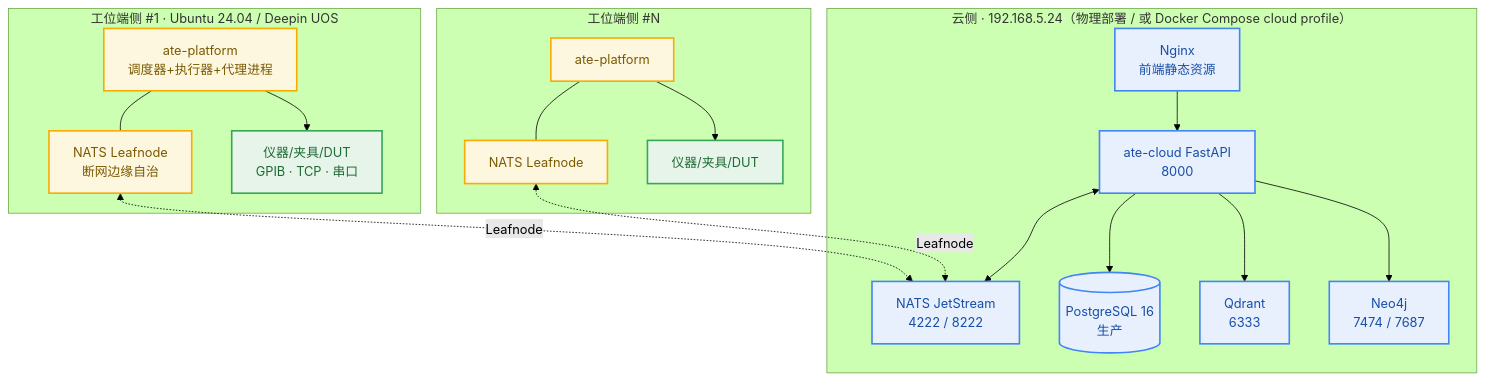
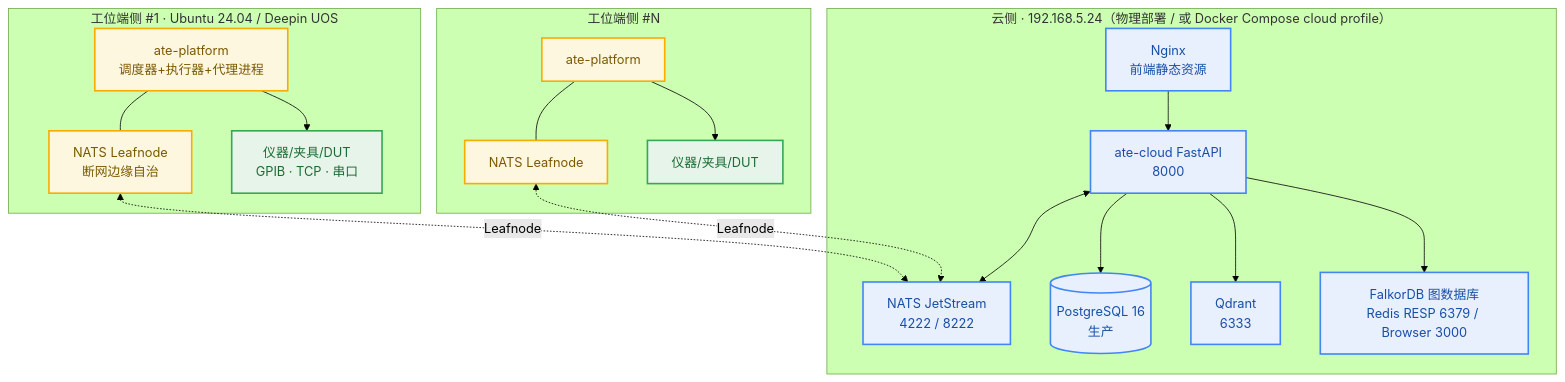
Before and after one commit to chenjun420/ATEStudio: diagram 13 of 14 in docs/ATE Studio系统方案与详细设计文档.md, drawn with Mermaid (forest theme). The commit also changed other lines of this file and 206 other files, not shown here.

````diff
--- a/docs/ATE Studio系统方案与详细设计文档.md
+++ b/docs/ATE Studio系统方案与详细设计文档.md
@@ -3227,37 +3227,37 @@
 ```mermaid
 flowchart TB
     classDef cloud fill:#E8F0FE,stroke:#4285F4,stroke-width:2px,color:#174EA6
     classDef edge fill:#FEF7E0,stroke:#F9AB00,stroke-width:2px,color:#7A5900
     classDef hw fill:#E6F4EA,stroke:#34A853,stroke-width:2px,color:#1E6B34
 
     subgraph CLOUD[云侧 · 192.168.5.24（物理部署 / 或 Docker Compose cloud profile）]
         N1[NATS JetStream<br/>4222 / 8222]:::cloud
         Q1[Qdrant<br/>6333]:::cloud
-        N4[Neo4j<br/>7474 / 7687]:::cloud
+        N4[FalkorDB 图数据库<br/>Redis RESP 6379 / Browser 3000]:::cloud
         API1[ate-cloud FastAPI<br/>8000]:::cloud
         PG1[(PostgreSQL 16<br/>生产)]:::cloud
         NG[Nginx<br/>前端静态资源]:::cloud
     end
 
     subgraph EDGE1[工位端侧 #1 · Ubuntu 24.04 / Deepin UOS]
         EP1[ate-platform<br/>调度器+执行器+代理进程]:::edge
         LN1[NATS Leafnode<br/>断网边缘自治]:::edge
         HW1[仪器/夹具/DUT<br/>GPIB · TCP · 串口]:::hw
         EP1 --- LN1
         EP1 --> HW1
     end
 
     subgraph EDGE2[工位端侧 #N]
         EP2[ate-platform]:::edge
         LN2[NATS Leafnode]:::edge
         HW2[仪器/夹具/DUT]:::hw
         EP2 --- LN2
         EP2 --> HW2
     end
 
     NG --> API1
     API1 <--> N1
     API1 --> PG1 & Q1 & N4
     LN1 <-.->|Leafnode| N1
     LN2 <-.->|Leafnode| N1
 ```
````
